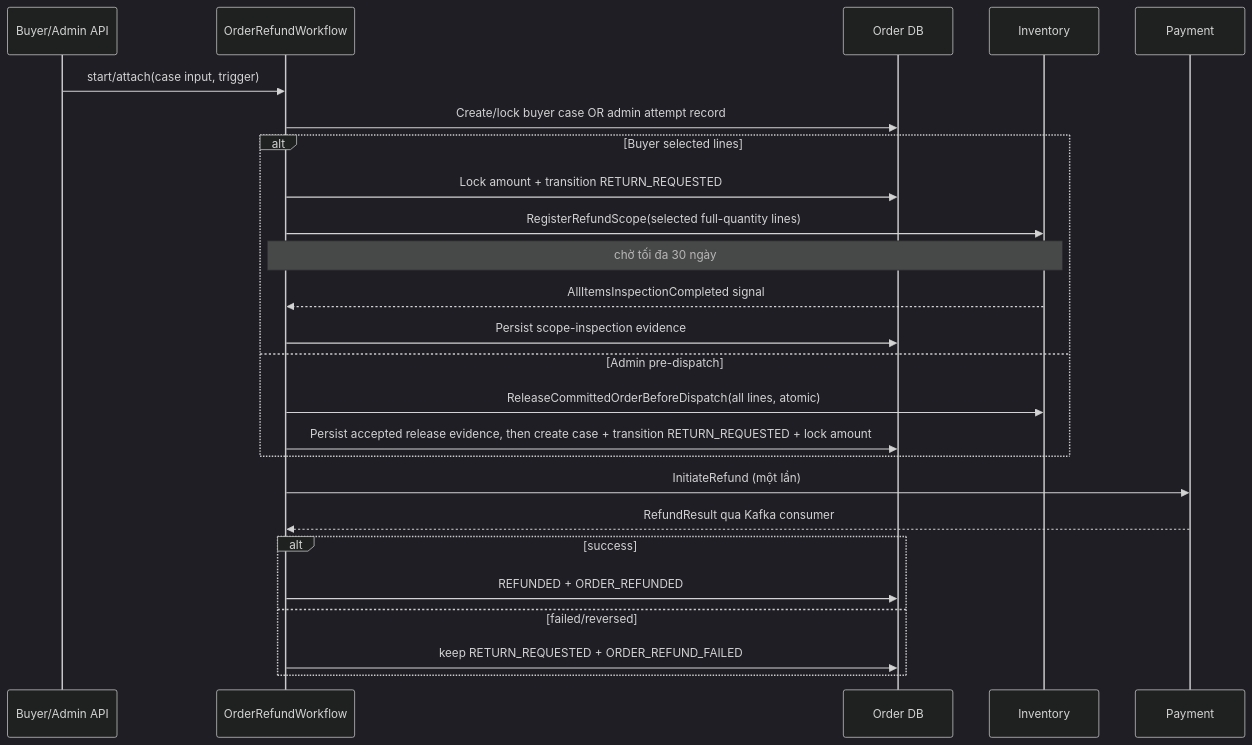
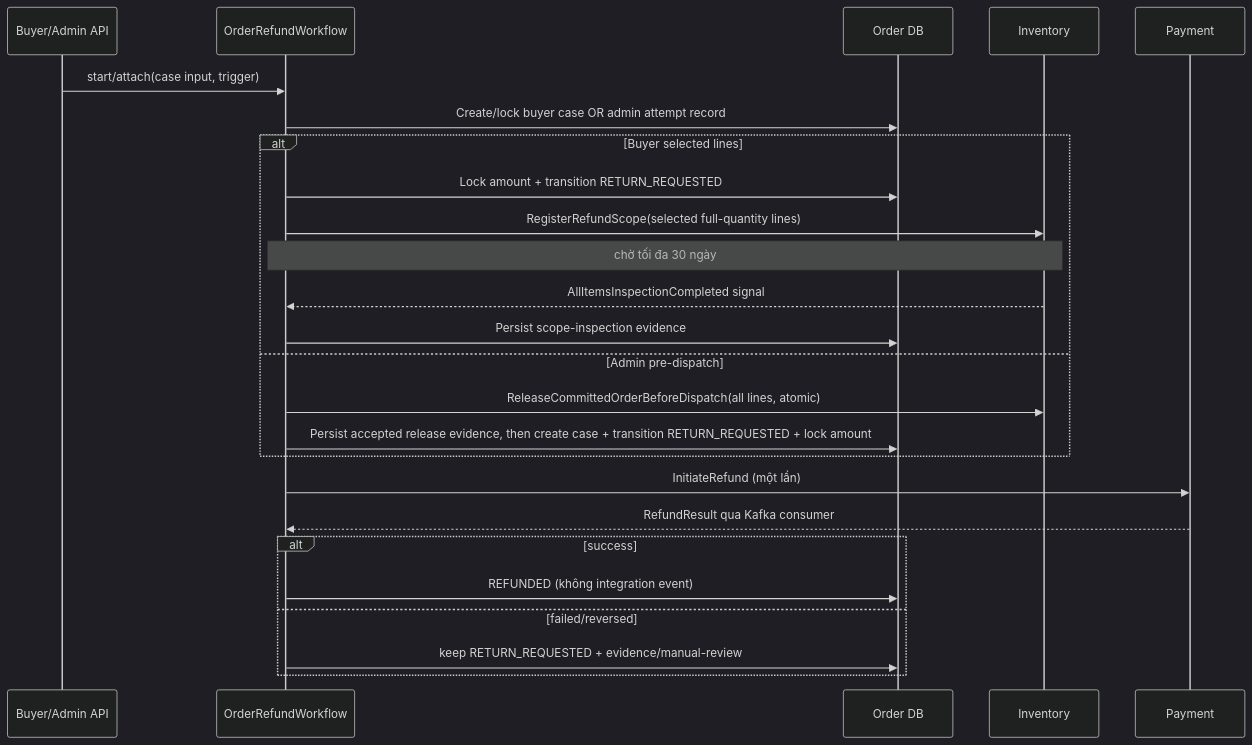
The second of 2 diagrams in docs/order/workflows.md (quangdung2110/e-commerce-microservices), drawn with Mermaid (dark theme) before and after one commit. The commit also changed other lines of this file and 36 other files, not shown here.

Commit message:
docs(order): align event integration boundaries

````diff
--- a/docs/order/workflows.md
+++ b/docs/order/workflows.md
@@ -371,27 +373,27 @@
 ```mermaid
 sequenceDiagram
   participant A as Buyer/Admin API
   participant T as OrderRefundWorkflow
   participant O as Order DB
   participant I as Inventory
   participant P as Payment
   A->>T: start/attach(case input, trigger)
   T->>O: Create/lock buyer case OR admin attempt record
   alt Buyer selected lines
     T->>O: Lock amount + transition RETURN_REQUESTED
     T->>I: RegisterRefundScope(selected full-quantity lines)
     Note over T,I: chờ tối đa 30 ngày
     I-->>T: AllItemsInspectionCompleted signal
     T->>O: Persist scope-inspection evidence
   else Admin pre-dispatch
     T->>I: ReleaseCommittedOrderBeforeDispatch(all lines, atomic)
     T->>O: Persist accepted release evidence, then create case + transition RETURN_REQUESTED + lock amount
   end
   T->>P: InitiateRefund (một lần)
   P-->>T: RefundResult qua Kafka consumer
   alt success
-    T->>O: REFUNDED + ORDER_REFUNDED
+    T->>O: REFUNDED (không integration event)
   else failed/reversed
-    T->>O: keep RETURN_REQUESTED + ORDER_REFUND_FAILED
+    T->>O: keep RETURN_REQUESTED + evidence/manual-review
   end
 ```
````
